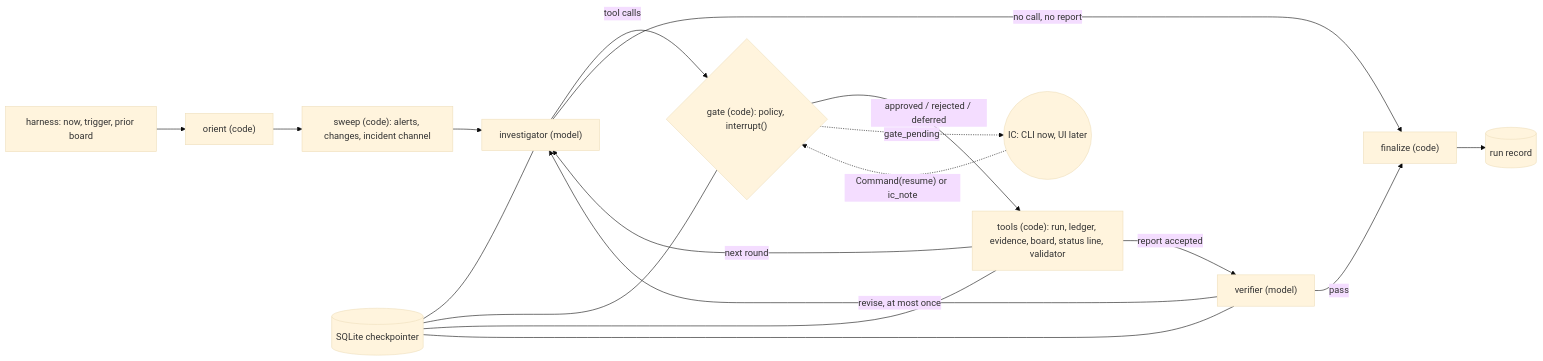
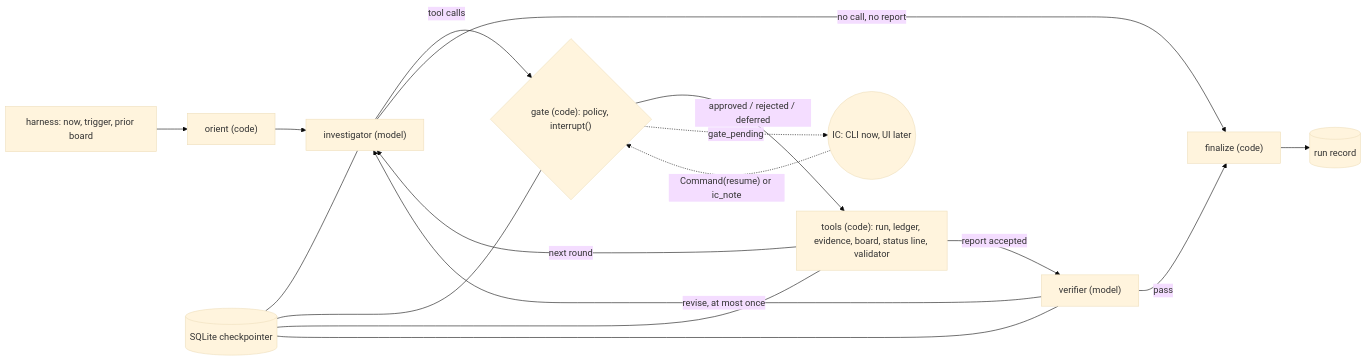
Before and after one commit to rhyswdev/biggy-smalls: the diagram in docs/research/agent-design.md, drawn with Mermaid (base theme). The commit also changed other lines of this file and 33 other files, not shown here.

````diff
--- a/docs/research/agent-design.md
+++ b/docs/research/agent-design.md
@@ -408,17 +410,16 @@
 ```mermaid
 flowchart LR
     H["harness: now, trigger, prior board"] --> O["orient (code)"]
-    O --> S["sweep (code): alerts, changes, incident channel"]
-    S --> A["investigator (model)"]
+    O --> A["investigator (model)"]
     A -->|tool calls| G{"gate (code): policy, interrupt()"}
     G -->|"approved / rejected / deferred"| T["tools (code): run, ledger, evidence, board, status line, validator"]
     T -->|"next round"| A
     T -->|"report accepted"| V["verifier (model)"]
     V -->|"revise, at most once"| A
     V -->|pass| F["finalize (code)"]
     A -->|"no call, no report"| F
     F --> R[("run record")]
     G -. gate_pending .-> U(("IC: CLI now, UI later"))
     U -. "Command(resume) or ic_note" .-> G
     CK[("SQLite checkpointer")] --- A & G & T & V
 ```
````
